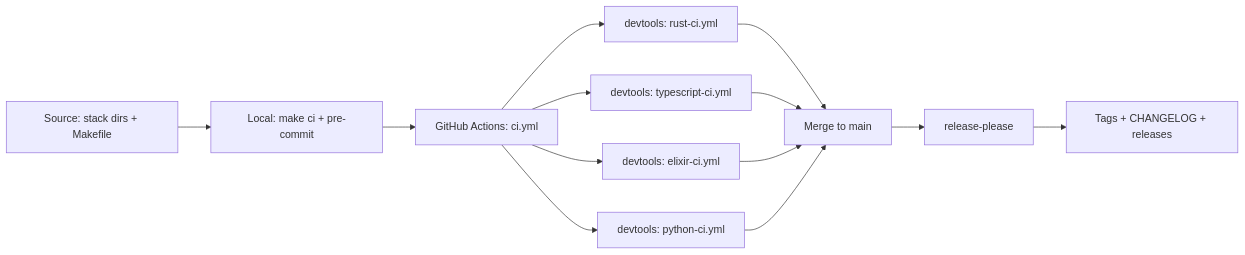
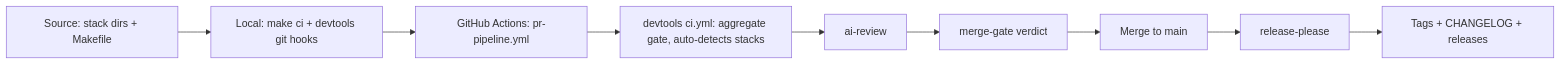
One commit to ostara-labs/repo-template changed the diagram in docs/architecture/ARCHITECTURE.md. Above: the diagram before and after it, drawn with Mermaid. The commit also changed other lines of this file and 7 other files, not shown here.

````diff
--- a/docs/architecture/ARCHITECTURE.md
+++ b/docs/architecture/ARCHITECTURE.md
@@ -29,15 +31,11 @@
 ```mermaid
 flowchart LR
-    A[Source: stack dirs + Makefile] --> B[Local: make ci + pre-commit]
-    B --> C[GitHub Actions: ci.yml]
-    C --> D[devtools: rust-ci.yml]
-    C --> E[devtools: typescript-ci.yml]
-    C --> F[devtools: elixir-ci.yml]
-    C --> G[devtools: python-ci.yml]
-    D --> H[Merge to main]
-    E --> H
-    F --> H
-    G --> H
-    H --> I[release-please]
-    I --> J[Tags + CHANGELOG + releases]
+    A[Source: stack dirs + Makefile] --> B[Local: make ci + devtools git hooks]
+    B --> C[GitHub Actions: pr-pipeline.yml]
+    C --> D[devtools ci.yml: aggregate gate, auto-detects stacks]
+    D --> E[ai-review]
+    E --> F[merge-gate verdict]
+    F --> G[Merge to main]
+    G --> H[release-please]
+    H --> I[Tags + CHANGELOG + releases]
 ```
````
